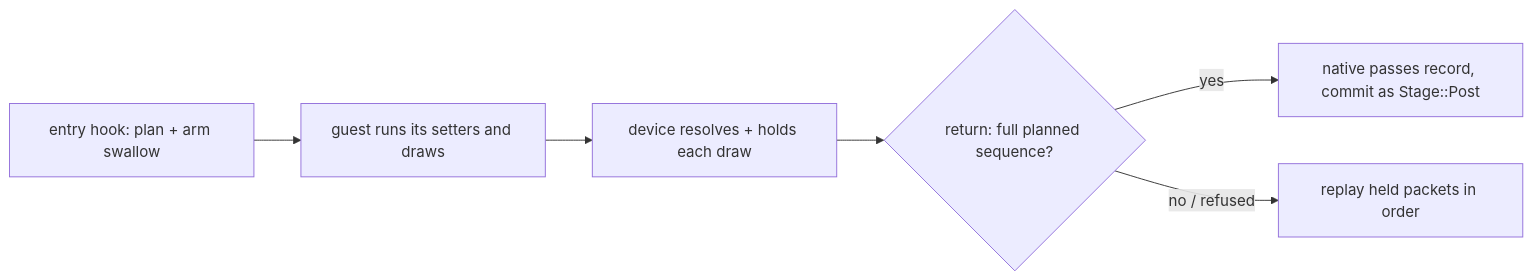
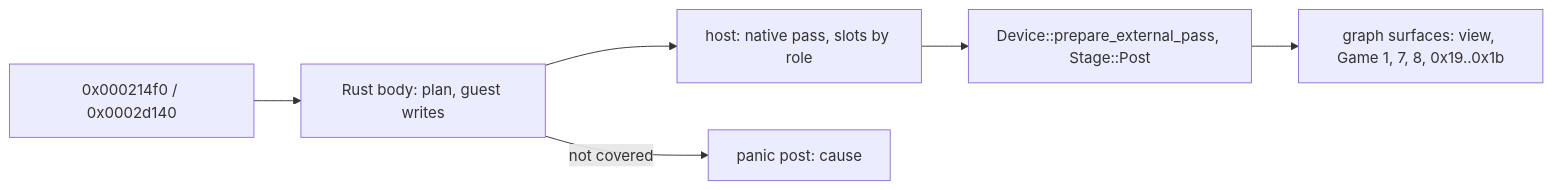
Before and after one commit to 0xdeafcafe/h2r: the diagram in docs/graphics/native-post.md, drawn with Mermaid. The commit also changed other lines of this file and 14 other files, not shown here.

First line of the commit message:
Post colour and screen effects: Rust bodies, native passes on the graph's targets by role

````diff
--- a/docs/graphics/native-post.md
+++ b/docs/graphics/native-post.md
@@ -9,8 +9,8 @@
 ```mermaid
 flowchart LR
-  A[entry hook: plan + arm swallow] --> B[guest runs its setters and draws]
-  B --> C[device resolves + holds each draw]
-  C --> D{return: full planned sequence?}
-  D -- yes --> E[native passes record, commit as Stage::Post]
-  D -- no / refused --> F[replay held packets in order]
+  C[0x000214f0 / 0x0002d140] --> B[Rust body: plan, guest writes]
+  B --> H[host: native pass, slots by role]
+  H --> D[Device::prepare_external_pass, Stage::Post]
+  D --> G[graph surfaces: view, Game 1, 7, 8, 0x19..0x1b]
+  B -->|not covered| P["panic post: cause"]
 ```
````
